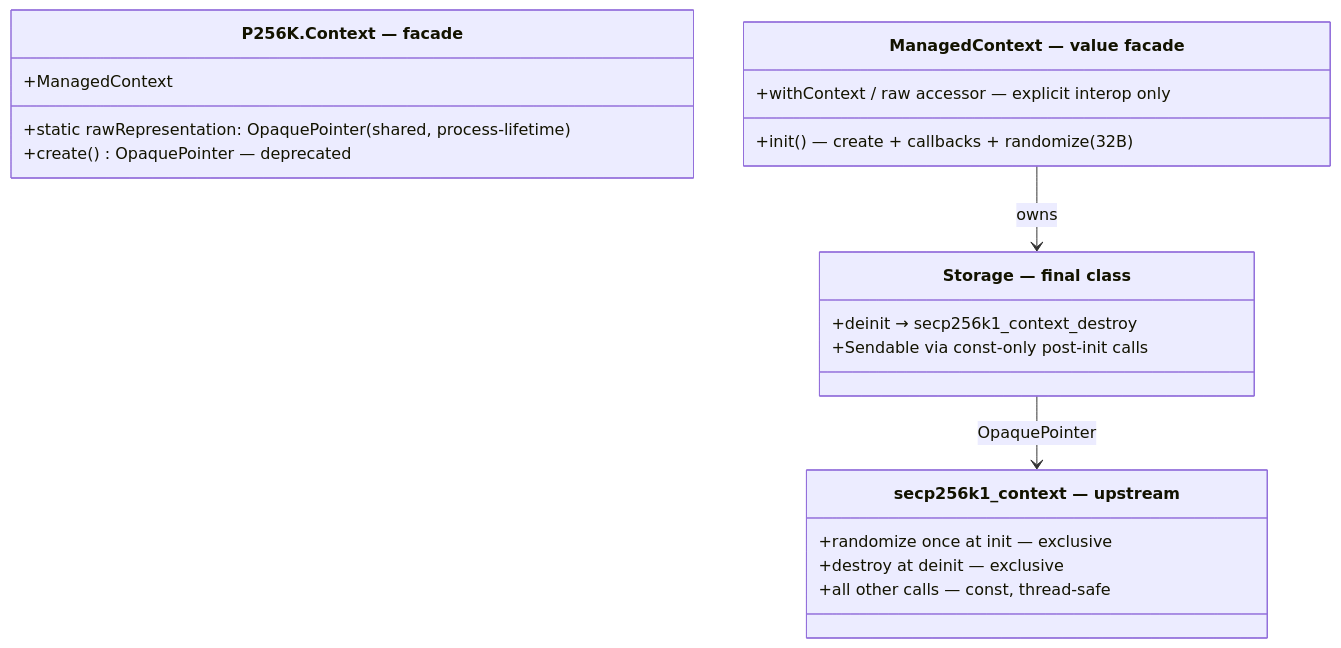
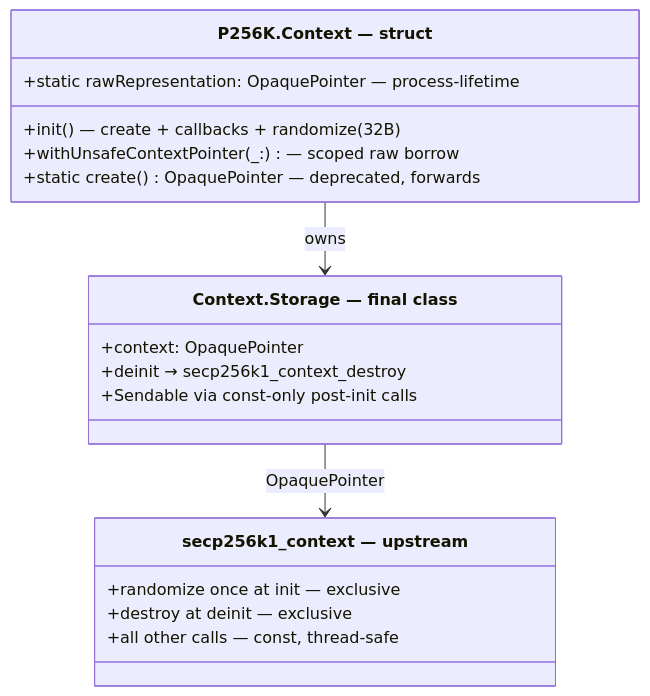
One commit to 21-DOT-DEV/swift-secp256k1 changed the eighth of 8 diagrams in Development/Specs/004-audit-hardening/plan.md. Above: the diagram before and after it, drawn with Mermaid. The commit also changed other lines of this file and 6 other files, not shown here.

First line of the commit message:
feat(API): make `P256K.Context` a managed `secp256k1_context` owner, deprecating `create()` (#1248)

````diff
--- a/Development/Specs/004-audit-hardening/plan.md
+++ b/Development/Specs/004-audit-hardening/plan.md
@@ -794,23 +810,21 @@
 ```mermaid
 classDiagram
-    class `P256K.Context — facade` {
-        +static rawRepresentation: OpaquePointer (shared, process-lifetime)
-        +create() OpaquePointer — deprecated
-        +ManagedContext
+    class `P256K.Context — struct` {
+        +init() — create + callbacks + randomize (32B)
+        +withUnsafeContextPointer(_:) — scoped raw borrow
+        +static rawRepresentation: OpaquePointer — process-lifetime
+        +static create() OpaquePointer — deprecated, forwards
     }
-    class `ManagedContext — value facade` {
-        +init() — create + callbacks + randomize (32B)
-        +withContext / raw accessor — explicit interop only
-    }
-    class `Storage — final class` {
+    class `Context.Storage — final class` {
+        +context: OpaquePointer
         +deinit → secp256k1_context_destroy
         +Sendable via const-only post-init calls
     }
     class `secp256k1_context — upstream` {
         +randomize once at init — exclusive
         +destroy at deinit — exclusive
         +all other calls — const, thread-safe
     }
-    `ManagedContext — value facade` --> `Storage — final class` : owns
-    `Storage — final class` --> `secp256k1_context — upstream` : OpaquePointer
+    `P256K.Context — struct` --> `Context.Storage — final class` : owns
+    `Context.Storage — final class` --> `secp256k1_context — upstream` : OpaquePointer
 ```
````
